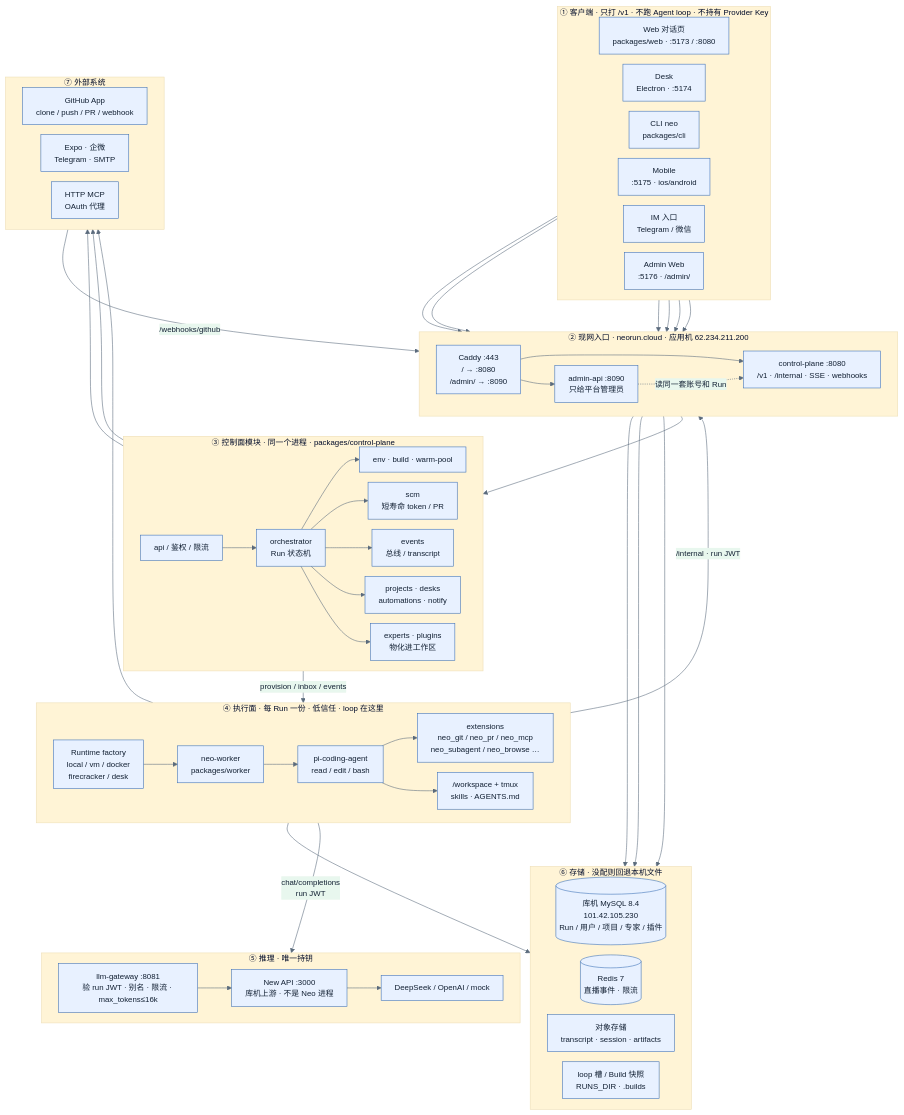
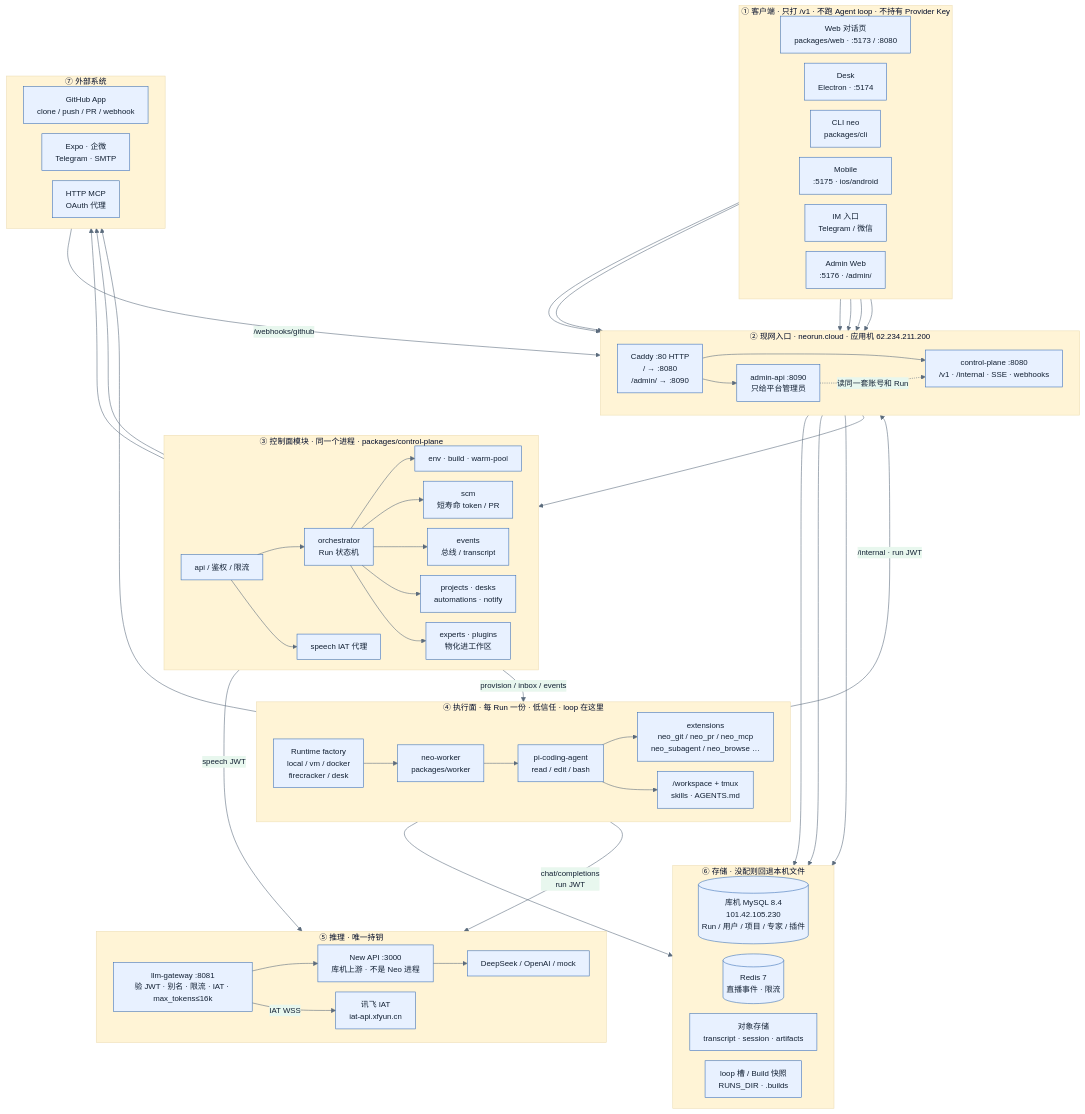
The diagram in docs/diagrams/architecture-complete.mmd (Neo2Agent/neo-cloud-agent), drawn with Mermaid before and after one commit. The commit also changed 4 other files, not shown here.

First line of the commit message:
Refresh architecture overview against current main.

```diff
--- a/docs/diagrams/architecture-complete.mmd
+++ b/docs/diagrams/architecture-complete.mmd
@@ -1,131 +1,136 @@
 %%{init: {
   "theme": "base",
   "themeVariables": {
     "fontFamily": "ui-sans-serif, system-ui, sans-serif",
     "fontSize": "14px",
     "primaryColor": "#e8f1ff",
     "primaryTextColor": "#122033",
     "primaryBorderColor": "#3b6fb6",
     "lineColor": "#5b6b7c",
     "secondaryColor": "#e8f7ee",
     "tertiaryColor": "#fff4d6"
   },
   "flowchart": {
     "curve": "basis",
     "nodeSpacing": 18,
     "rankSpacing": 36,
     "padding": 12,
     "htmlLabels": true
   }
 }}%%
 flowchart TB
   %% ── 客户端 ──
   subgraph clients["① 客户端 · 只打 /v1 · 不跑 Agent loop · 不持有 Provider Key"]
     direction LR
     Web["Web 对话页<br/>packages/web · :5173 / :8080"]
     Desk["Desk<br/>Electron · :5174"]
     CLI["CLI neo<br/>packages/cli"]
     Mobile["Mobile<br/>:5175 · ios/android"]
     IM["IM 入口<br/>Telegram / 微信"]
     AdminWeb["Admin Web<br/>:5176 · /admin/"]
   end
 
   %% ── 入口 ──
   subgraph edge["② 现网入口 · neorun.cloud · 应用机 62.234.211.200"]
     direction LR
-    Caddy["Caddy :443<br/>/ → :8080<br/>/admin/ → :8090"]
+    Caddy["Caddy :80 HTTP<br/>/ → :8080<br/>/admin/ → :8090"]
     CP["control-plane :8080<br/>/v1 · /internal · SSE · webhooks"]
     AdminAPI["admin-api :8090<br/>只给平台管理员"]
   end
 
   %% ── 控制面模块 ──
   subgraph control["③ 控制面模块 · 同一个进程 · packages/control-plane"]
     direction LR
     API["api / 鉴权 / 限流"]
     Orch["orchestrator<br/>Run 状态机"]
     Env["env · build · warm-pool"]
     SCM["scm<br/>短寿命 token / PR"]
     Events["events<br/>总线 / transcript"]
     Collab["projects · desks<br/>automations · notify"]
     Catalog["experts · plugins<br/>物化进工作区"]
+    Speech["speech IAT 代理"]
   end
 
   %% ── 执行面 ──
   subgraph exec["④ 执行面 · 每 Run 一份 · 低信任 · loop 在这里"]
     direction LR
     Runtime["Runtime factory<br/>local / vm / docker<br/>firecracker / desk"]
     Worker["neo-worker<br/>packages/worker"]
     Pi["pi-coding-agent<br/>read / edit / bash"]
     Ext["extensions<br/>neo_git / neo_pr / neo_mcp<br/>neo_subagent / neo_browse …"]
     WS["/workspace + tmux<br/>skills · AGENTS.md"]
   end
 
   %% ── 推理 ──
   subgraph llm["⑤ 推理 · 唯一持钥"]
     direction LR
-    GW["llm-gateway :8081<br/>验 run JWT · 别名 · 限流 · max_tokens≤16k"]
+    GW["llm-gateway :8081<br/>验 JWT · 别名 · 限流 · IAT · max_tokens≤16k"]
     NewAPI["New API :3000<br/>库机上游 · 不是 Neo 进程"]
     Provider["DeepSeek / OpenAI / mock"]
+    IFlytek["讯飞 IAT<br/>iat-api.xfyun.cn"]
   end
 
   %% ── 存储 ──
   subgraph store["⑥ 存储 · 没配则回退本机文件"]
     direction LR
     MySQL[("库机 MySQL 8.4<br/>101.42.105.230<br/>Run / 用户 / 项目 / 专家 / 插件")]
     Redis[("Redis 7<br/>直播事件 · 限流")]
     Objects["对象存储<br/>transcript · session · artifacts"]
     Slots["loop 槽 / Build 快照<br/>RUNS_DIR · .builds"]
   end
 
   %% ── 外部 ──
   subgraph ext["⑦ 外部系统"]
     direction LR
     GitHub["GitHub App<br/>clone / push / PR / webhook"]
     Push["Expo · 企微<br/>Telegram · SMTP"]
     MCP["HTTP MCP<br/>OAuth 代理"]
   end
 
   %% 客户端 → 入口
   Web --> Caddy
   AdminWeb --> Caddy
   Desk --> CP
   CLI --> CP
   Mobile --> CP
   IM --> CP
   Caddy --> CP
   Caddy --> AdminAPI
   AdminAPI -.->|"读同一套账号和 Run"| CP
 
   %% 控制面内部
   CP --> API
   API --> Orch
+  API --> Speech
+  Speech -->|"speech JWT"| GW
   Orch --> Env
   Orch --> SCM
   Orch --> Events
   Orch --> Collab
   Orch --> Catalog
 
   %% 编排 → 执行
   Orch -->|"provision / inbox / events"| Runtime
   Runtime --> Worker
   Worker --> Pi
   Pi --> Ext
   Pi --> WS
   Worker -->|"/internal · run JWT"| CP
 
   %% 推理：loop 在 VM，Key 在 Gateway
   Pi -->|"chat/completions<br/>run JWT"| GW
   GW --> NewAPI
   NewAPI --> Provider
+  GW -->|"IAT WSS"| IFlytek
 
   %% 存储
   CP --> MySQL
   CP --> Redis
   CP --> Objects
   Runtime --> Slots
 
   %% 外部
   SCM --> GitHub
   Collab --> Push
   Ext --> MCP
   GitHub -->|"/webhooks/github"| CP
```
